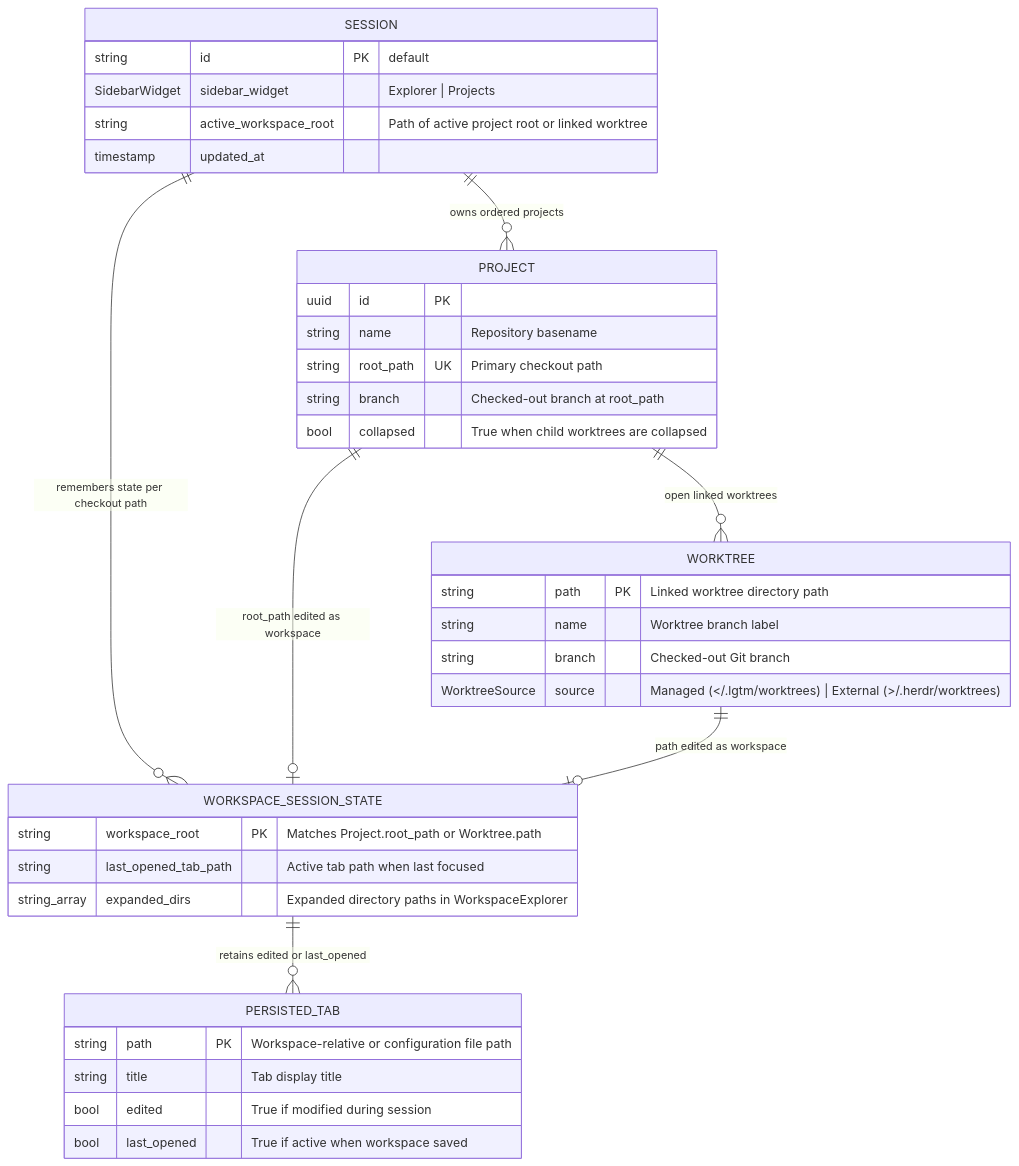
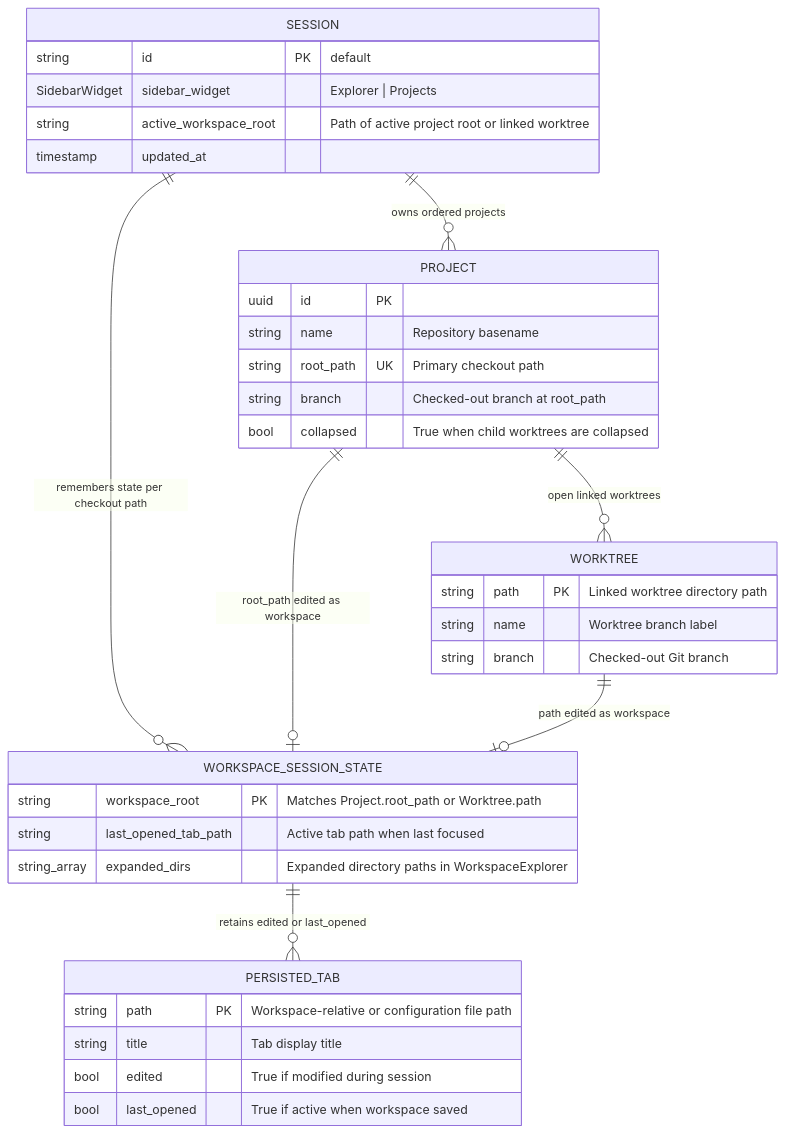
One commit to difflab-io/lgtm changed the second of 4 diagrams in docs/architecture/session/index.md. Above: the diagram before and after it, drawn with Mermaid. The commit also changed other lines of this file and 23 other files, not shown here.

Commit message:
refactor(project,ui,web): remove external worktrees and optimize workspace switch and syntax highlighting

````diff
--- a/docs/architecture/session/index.md
+++ b/docs/architecture/session/index.md
@@ -60,44 +60,43 @@
 ```mermaid
 erDiagram
     SESSION ||--o{ PROJECT : "owns ordered projects"
     SESSION ||--o{ WORKSPACE_SESSION_STATE : "remembers state per checkout path"
     PROJECT ||--o{ WORKTREE : "open linked worktrees"
     PROJECT ||--o| WORKSPACE_SESSION_STATE : "root_path edited as workspace"
     WORKTREE ||--o| WORKSPACE_SESSION_STATE : "path edited as workspace"
     WORKSPACE_SESSION_STATE ||--o{ PERSISTED_TAB : "retains edited or last_opened"
 
     SESSION {
         string id PK "default"
         SidebarWidget sidebar_widget "Explorer | Projects"
         string active_workspace_root "Path of active project root or linked worktree"
         timestamp updated_at
     }
 
     PROJECT {
         uuid id PK
         string name "Repository basename"
         string root_path UK "Primary checkout path"
         string branch "Checked-out branch at root_path"
         bool collapsed "True when child worktrees are collapsed"
     }
 
     WORKTREE {
         string path PK "Linked worktree directory path"
         string name "Worktree branch label"
         string branch "Checked-out Git branch"
-        WorktreeSource source "Managed (~/.lgtm/worktrees) | External (~/.herdr/worktrees)"
     }
 
     WORKSPACE_SESSION_STATE {
         string workspace_root PK "Matches Project.root_path or Worktree.path"
         string last_opened_tab_path "Active tab path when last focused"
         string_array expanded_dirs "Expanded directory paths in WorkspaceExplorer"
     }
 
     PERSISTED_TAB {
         string path PK "Workspace-relative or configuration file path"
         string title "Tab display title"
         bool edited "True if modified during session"
         bool last_opened "True if active when workspace saved"
     }
 ```
````
